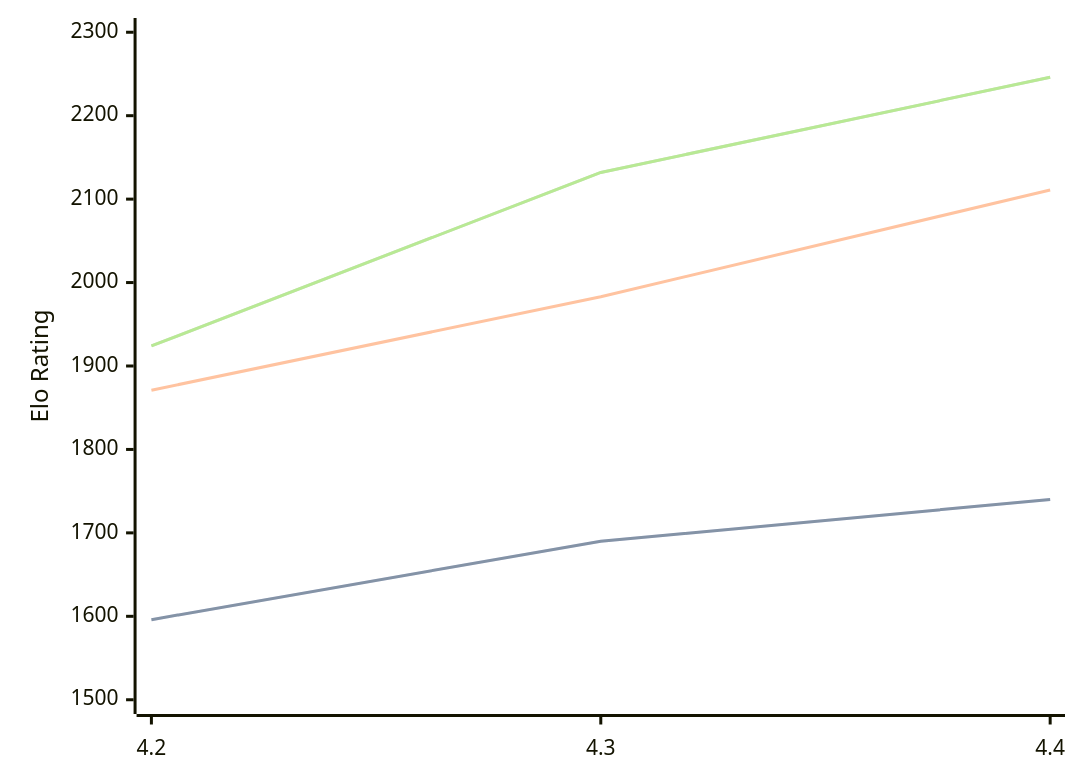
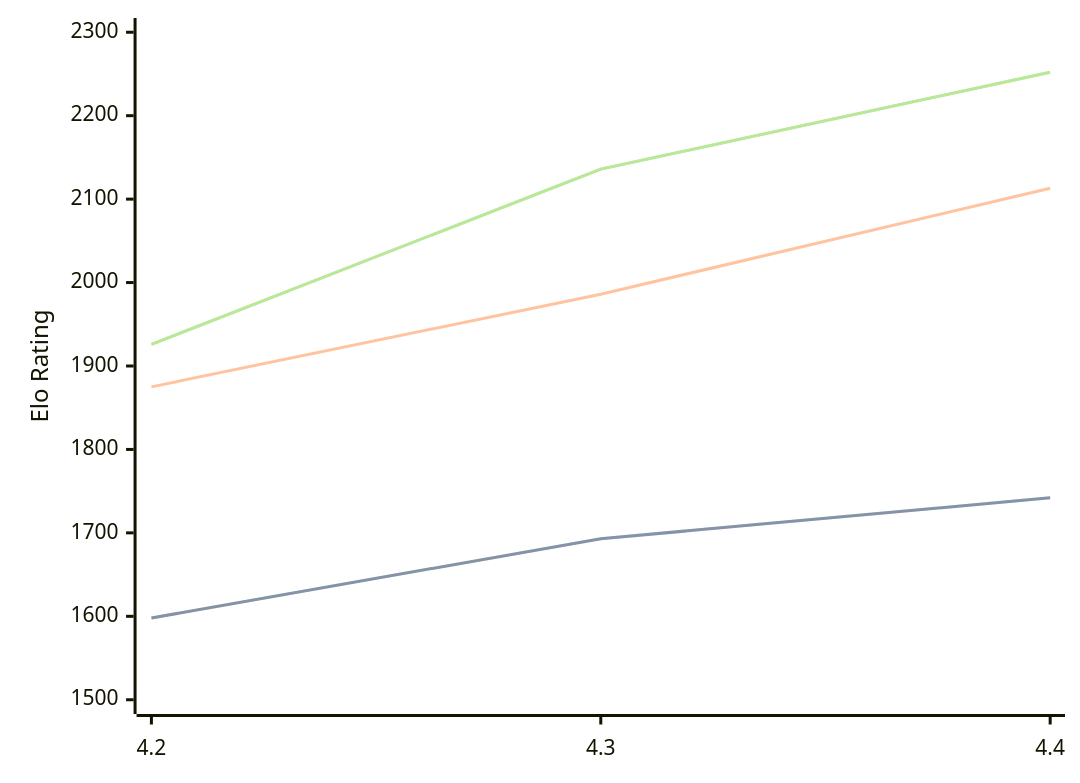
The diagram in engines/Radiance.md (computer-chess-index/cci), drawn with Mermaid before and after one commit. The commit also changed other lines of this file, not shown here.

Commit message:
Update CCI Ratings (ELO VLTC) - 2026-04-30

````diff
--- a/engines/Radiance.md
+++ b/engines/Radiance.md
@@ -36,11 +36,11 @@
 ```mermaid
 %%{init: {"theme":"base","themeVariables":{"seriesColors:['#a3a3a3','#222221','#faa371']}}}%%
 xychart-beta
   x-axis ["4.2", "4.3", "4.4"]
   y-axis "Elo Rating" 1500 --> 2300
-  line "STC (8.0+0.08s)" [1596, 1690, 1740]
-  line "STC (8.0+0.08s)" [1596, 1690, 1740]
-  line "LTC (60.0+0.60s)" [1871, 1983, 2111]
-  line "VLTC (2m24s+1.12s)" [1924, 2132, 2246]
-  line "VLTC (2m24s+1.12s)" [1924, 2132, 2246]
+  line "STC (8.0+0.08s)" [1598, 1693, 1742]
+  line "STC (8.0+0.08s)" [1598, 1693, 1742]
+  line "LTC (60.0+0.60s)" [1875, 1986, 2113]
+  line "VLTC (2m24s+1.12s)" [1926, 2136, 2252]
+  line "VLTC (2m24s+1.12s)" [1926, 2136, 2252]
 ```
````
